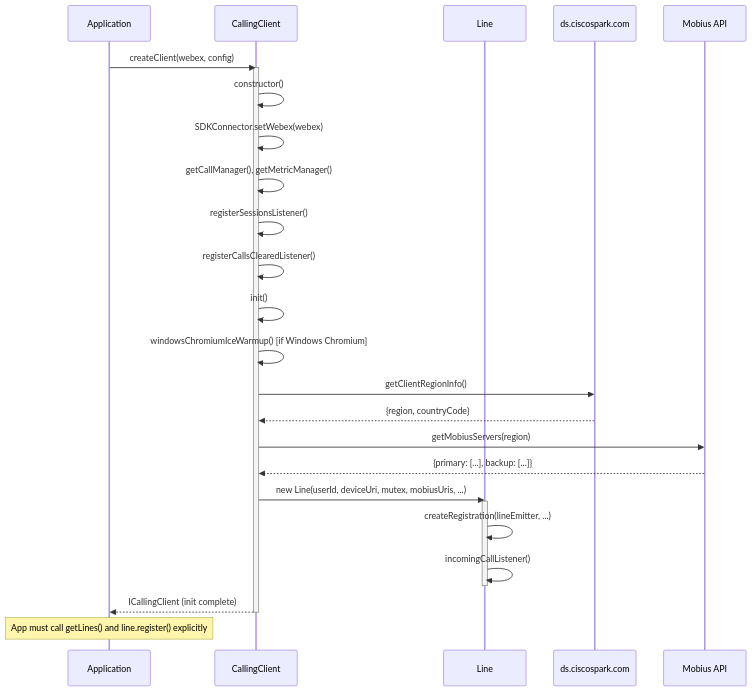
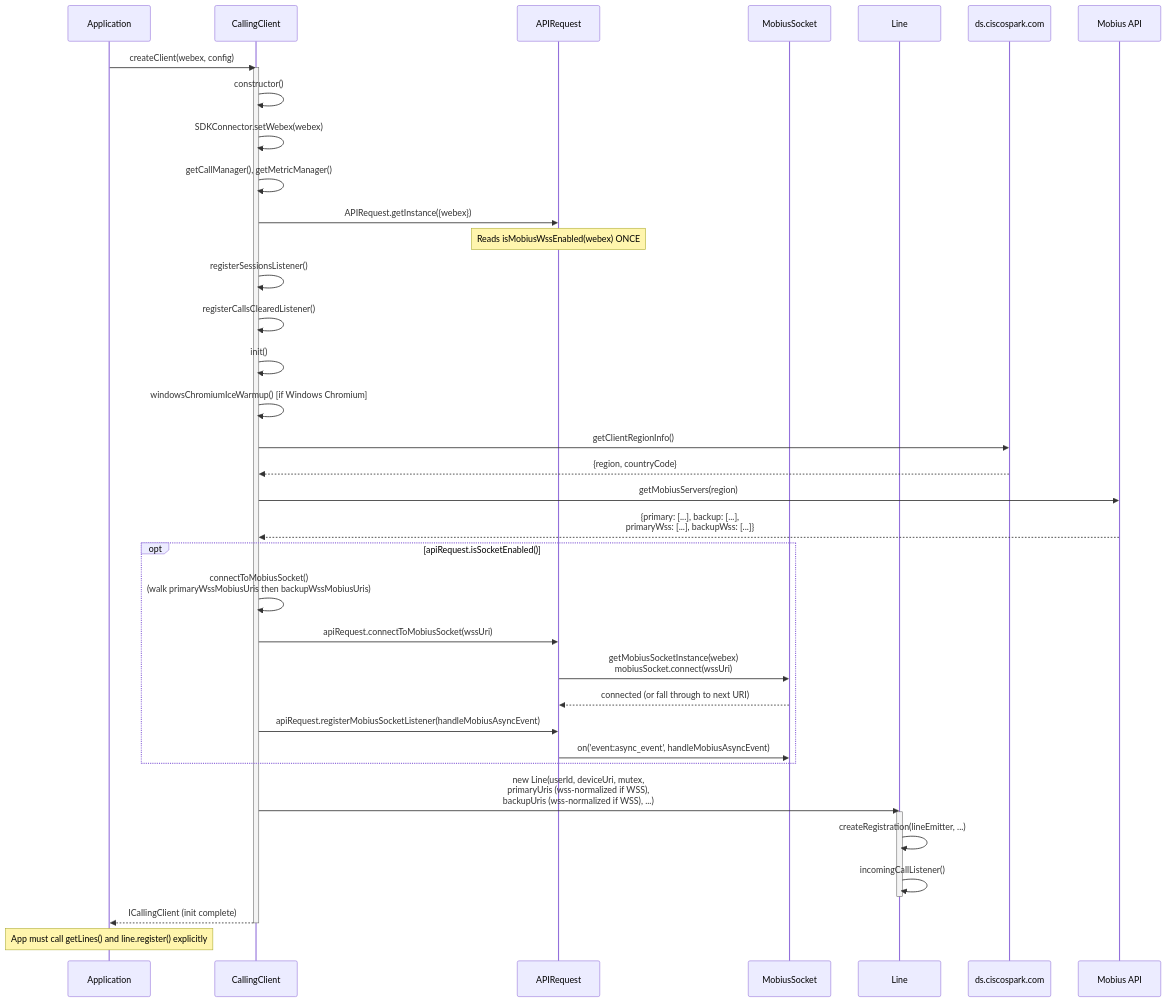
One commit to webex/webex-js-sdk changed the second of 7 diagrams in packages/calling/src/CallingClient/ai-docs/ARCHITECTURE.md. Above: the diagram before and after it, drawn with Mermaid. The commit also changed other lines of this file and 6 other files, not shown here.

Commit message:
docs(calling): add specs for mobius-socket related changes

````diff
--- a/packages/calling/src/CallingClient/ai-docs/ARCHITECTURE.md
+++ b/packages/calling/src/CallingClient/ai-docs/ARCHITECTURE.md
@@ -144,34 +180,47 @@
 ```mermaid
 sequenceDiagram
     participant App as Application
     participant CC as CallingClient
+    participant API as APIRequest
+    participant MS as MobiusSocket
     participant Line as Line
     participant DS as ds.ciscospark.com
     participant Mobius as Mobius API
 
     App->>CC: createClient(webex, config)
     activate CC
     CC->>CC: constructor()
     CC->>CC: SDKConnector.setWebex(webex)
     CC->>CC: getCallManager(), getMetricManager()
+    CC->>API: APIRequest.getInstance({webex})
+    Note over API: Reads isMobiusWssEnabled(webex) ONCE
     CC->>CC: registerSessionsListener()
     CC->>CC: registerCallsClearedListener()
 
     CC->>CC: init()
     CC->>CC: windowsChromiumIceWarmup() [if Windows Chromium]
     CC->>DS: getClientRegionInfo()
     DS-->>CC: {region, countryCode}
     CC->>Mobius: getMobiusServers(region)
-    Mobius-->>CC: {primary: [...], backup: [...]}
+    Mobius-->>CC: {primary: [...], backup: [...],<br/>primaryWss: [...], backupWss: [...]}
 
-    CC->>Line: new Line(userId, deviceUri, mutex, mobiusUris, ...)
+    opt apiRequest.isSocketEnabled()
+        CC->>CC: connectToMobiusSocket()<br/>(walk primaryWssMobiusUris then backupWssMobiusUris)
+        CC->>API: apiRequest.connectToMobiusSocket(wssUri)
+        API->>MS: getMobiusSocketInstance(webex)<br/>mobiusSocket.connect(wssUri)
+        MS-->>API: connected (or fall through to next URI)
+        CC->>API: apiRequest.registerMobiusSocketListener(handleMobiusAsyncEvent)
+        API->>MS: on('event:async_event', handleMobiusAsyncEvent)
+    end
+
+    CC->>Line: new Line(userId, deviceUri, mutex,<br/>primaryUris (wss-normalized if WSS),<br/>backupUris (wss-normalized if WSS), ...)
     activate Line
     Line->>Line: createRegistration(lineEmitter, ...)
     Line->>Line: incomingCallListener()
     deactivate Line
 
     CC-->>App: ICallingClient (init complete)
     deactivate CC
 
     Note over App: App must call getLines() and line.register() explicitly
 ```
````
